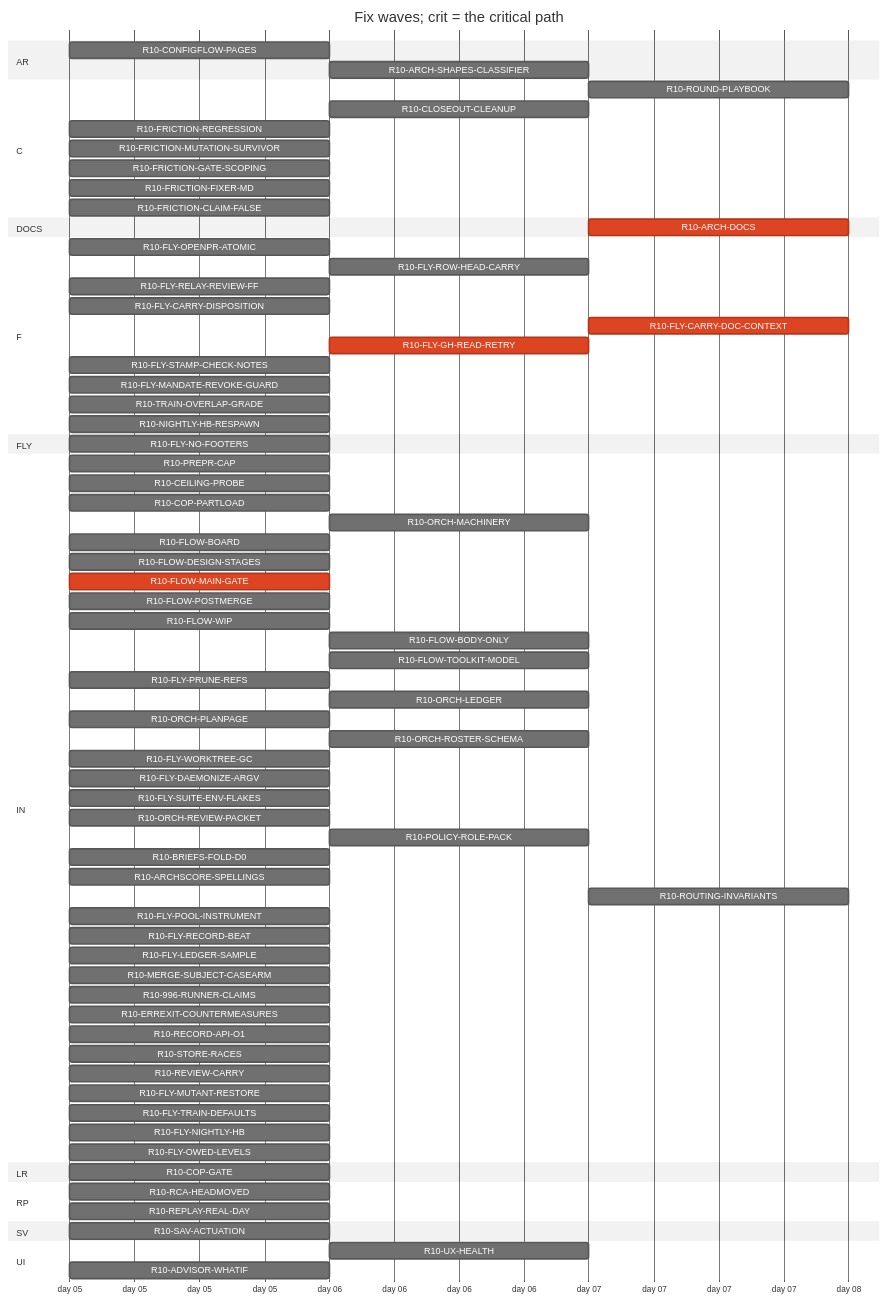
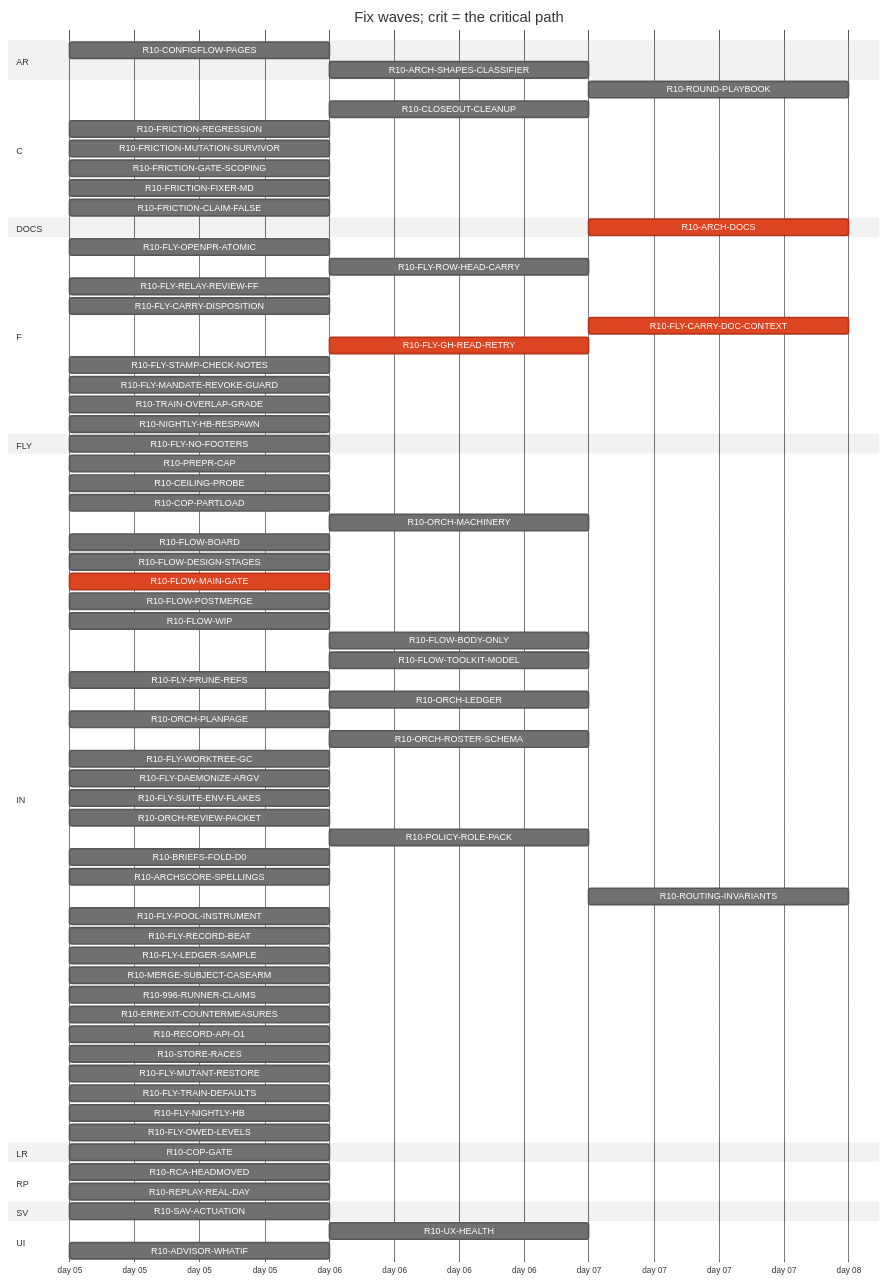
The diagram in handoff/round10/state/PLAN-TABLE.md (tvofi/heatpump_optimizer), drawn with Mermaid (neutral theme) before and after one commit. The commit also changed other lines of this file and 3 other files, not shown here.

Commit message:
state: FLOW-BOARD.md, NEXT-SESSION-PROMPT.md, PLAN-TABLE.md, RESUME-CURRENT.md regenerated (state_docs.py)

````diff
--- a/handoff/round10/state/PLAN-TABLE.md
+++ b/handoff/round10/state/PLAN-TABLE.md
@@ -23,79 +23,78 @@
 ```mermaid
 gantt
   title Fix waves; crit = the critical path
   dateFormat YYYY-MM-DD
   axisFormat day %d
   section AR
     R10-CONFIGFLOW-PAGES :r10CONFIGFLOWPAGES, 2026-01-05, 1d
     R10-ARCH-SHAPES-CLASSIFIER :r10ARCHSHAPESCLASSIFIER, after r10996RUNNERCLAIMS, 1d
   section C
     R10-ROUND-PLAYBOOK :r10ROUNDPLAYBOOK, after r10ORCHLEDGER r10ORCHPLANPAGE r10FLOWMAINGATE r10FLYRELAYREVIEWFF r10FLOWBODYONLY, 1d
     R10-CLOSEOUT-CLEANUP :r10CLOSEOUTCLEANUP, after r10FLYPRUNEREFS r10FLYWORKTREEGC, 1d
     R10-FRICTION-REGRESSION :r10FRICTIONREGRESSION, 2026-01-05, 1d
     R10-FRICTION-MUTATION-SURVIVOR :r10FRICTIONMUTATIONSURVIVOR, 2026-01-05, 1d
     R10-FRICTION-GATE-SCOPING :r10FRICTIONGATESCOPING, 2026-01-05, 1d
     R10-FRICTION-FIXER-MD :r10FRICTIONFIXERMD, 2026-01-05, 1d
     R10-FRICTION-CLAIM-FALSE :r10FRICTIONCLAIMFALSE, 2026-01-05, 1d
   section DOCS
     R10-ARCH-DOCS :crit, r10ARCHDOCS, after r10COPGATE r10UXHEALTH r10CONFIGFLOWPAGES r10RCAHEADMOVED r10CEILINGPROBE r10COPPARTLOAD r10FLOWBOARD r10FLOWDESIGNSTAGES r10FLOWPOSTMERGE r10FLOWWIP r10FLOWBODYONLY r10FLYOPENPRATOMIC r10FLYROWHEADCARRY r10FLYRELAYREVIEWFF r10FLYCARRYDISPOSITION r10FLYCARRYDOCCONTEXT r10FLOWTOOLKITMODEL r10FLYSTAMPCHECKNOTES r10FLYMANDATEREVOKEGUARD r10TRAINOVERLAPGRADE r10NIGHTLYHBRESPAWN r10FLYPRUNEREFS r10ORCHLEDGER r10ORCHPLANPAGE r10ORCHROSTERSCHEMA r10FLYWORKTREEGC r10FLYDAEMONIZEARGV r10ORCHREVIEWPACKET r10POLICYROLEPACK r10BRIEFSFOLDD0 r10REPLAYREALDAY r10ARCHSCORESPELLINGS r10SAVACTUATION r10FLYLEDGERSAMPLE, 1d
   section F
     R10-FLY-OPENPR-ATOMIC :r10FLYOPENPRATOMIC, 2026-01-05, 1d
     R10-FLY-ROW-HEAD-CARRY :r10FLYROWHEADCARRY, after r10FLYOPENPRATOMIC, 1d
     R10-FLY-RELAY-REVIEW-FF :r10FLYRELAYREVIEWFF, 2026-01-05, 1d
     R10-FLY-CARRY-DISPOSITION :r10FLYCARRYDISPOSITION, 2026-01-05, 1d
     R10-FLY-CARRY-DOC-CONTEXT :crit, r10FLYCARRYDOCCONTEXT, after r10FLYGHREADRETRY, 1d
     R10-FLY-GH-READ-RETRY :crit, r10FLYGHREADRETRY, after r10FLOWMAINGATE, 1d
     R10-FLY-STAMP-CHECK-NOTES :r10FLYSTAMPCHECKNOTES, 2026-01-05, 1d
     R10-FLY-MANDATE-REVOKE-GUARD :r10FLYMANDATEREVOKEGUARD, 2026-01-05, 1d
     R10-TRAIN-OVERLAP-GRADE :r10TRAINOVERLAPGRADE, 2026-01-05, 1d
     R10-NIGHTLY-HB-RESPAWN :r10NIGHTLYHBRESPAWN, 2026-01-05, 1d
   section FLY
     R10-FLY-NO-FOOTERS :r10FLYNOFOOTERS, 2026-01-05, 1d
   section IN
     R10-PREPR-CAP :r10PREPRCAP, 2026-01-05, 1d
     R10-CEILING-PROBE :r10CEILINGPROBE, 2026-01-05, 1d
     R10-COP-PARTLOAD :r10COPPARTLOAD, 2026-01-05, 1d
     R10-ORCH-MACHINERY :r10ORCHMACHINERY, after r10FLOWMAINGATE, 1d
     R10-FLOW-BOARD :r10FLOWBOARD, 2026-01-05, 1d
     R10-FLOW-DESIGN-STAGES :r10FLOWDESIGNSTAGES, 2026-01-05, 1d
     R10-FLOW-MAIN-GATE :crit, r10FLOWMAINGATE, 2026-01-05, 1d
     R10-FLOW-POSTMERGE :r10FLOWPOSTMERGE, 2026-01-05, 1d
     R10-FLOW-WIP :r10FLOWWIP, 2026-01-05, 1d
     R10-FLOW-BODY-ONLY :r10FLOWBODYONLY, after r10FLYOPENPRATOMIC, 1d
     R10-FLOW-TOOLKIT-MODEL :r10FLOWTOOLKITMODEL, after r10ORCHPLANPAGE, 1d
     R10-FLY-PRUNE-REFS :r10FLYPRUNEREFS, 2026-01-05, 1d
     R10-ORCH-LEDGER :r10ORCHLEDGER, after r10FLOWMAINGATE, 1d
     R10-ORCH-PLANPAGE :r10ORCHPLANPAGE, 2026-01-05, 1d
     R10-ORCH-ROSTER-SCHEMA :r10ORCHROSTERSCHEMA, after r10FLOWMAINGATE, 1d
     R10-FLY-WORKTREE-GC :r10FLYWORKTREEGC, 2026-01-05, 1d
     R10-FLY-DAEMONIZE-ARGV :r10FLYDAEMONIZEARGV, 2026-01-05, 1d
     R10-FLY-SUITE-ENV-FLAKES :r10FLYSUITEENVFLAKES, 2026-01-05, 1d
     R10-ORCH-REVIEW-PACKET :r10ORCHREVIEWPACKET, 2026-01-05, 1d
     R10-POLICY-ROLE-PACK :r10POLICYROLEPACK, after r10FLOWDESIGNSTAGES, 1d
     R10-BRIEFS-FOLD-D0 :r10BRIEFSFOLDD0, 2026-01-05, 1d
     R10-ARCHSCORE-SPELLINGS :r10ARCHSCORESPELLINGS, 2026-01-05, 1d
     R10-ROUTING-INVARIANTS :r10ROUTINGINVARIANTS, after r10ORCHROSTERSCHEMA, 1d
     R10-FLY-POOL-INSTRUMENT :r10FLYPOOLINSTRUMENT, 2026-01-05, 1d
     R10-FLY-RECORD-BEAT :r10FLYRECORDBEAT, 2026-01-05, 1d
     R10-FLY-LEDGER-SAMPLE :r10FLYLEDGERSAMPLE, 2026-01-05, 1d
     R10-MERGE-SUBJECT-CASEARM :r10MERGESUBJECTCASEARM, 2026-01-05, 1d
     R10-996-RUNNER-CLAIMS :r10996RUNNERCLAIMS, 2026-01-05, 1d
     R10-ERREXIT-COUNTERMEASURES :r10ERREXITCOUNTERMEASURES, 2026-01-05, 1d
     R10-RECORD-API-O1 :r10RECORDAPIO1, 2026-01-05, 1d
     R10-STORE-RACES :r10STORERACES, 2026-01-05, 1d
-    R10-REVIEW-CARRY :r10REVIEWCARRY, 2026-01-05, 1d
     R10-FLY-MUTANT-RESTORE :r10FLYMUTANTRESTORE, 2026-01-05, 1d
     R10-FLY-TRAIN-DEFAULTS :r10FLYTRAINDEFAULTS, 2026-01-05, 1d
     R10-FLY-NIGHTLY-HB :r10FLYNIGHTLYHB, 2026-01-05, 1d
     R10-FLY-OWED-LEVELS :r10FLYOWEDLEVELS, 2026-01-05, 1d
   section LR
     R10-COP-GATE :r10COPGATE, 2026-01-05, 1d
   section RP
     R10-RCA-HEADMOVED :r10RCAHEADMOVED, 2026-01-05, 1d
     R10-REPLAY-REAL-DAY :r10REPLAYREALDAY, 2026-01-05, 1d
   section SV
     R10-SAV-ACTUATION :r10SAVACTUATION, 2026-01-05, 1d
   section UI
     R10-UX-HEALTH :r10UXHEALTH, after r10COPGATE, 1d
     R10-ADVISOR-WHATIF :r10ADVISORWHATIF, 2026-01-05, 1d
 ```
````
